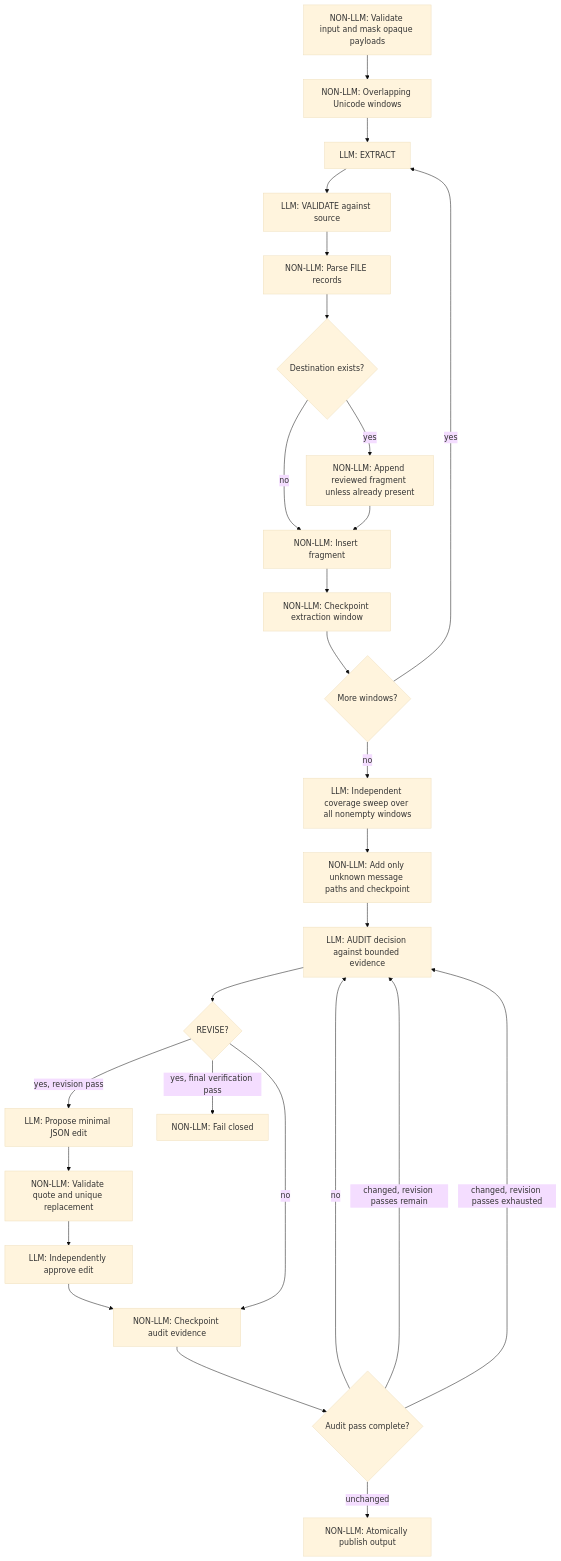
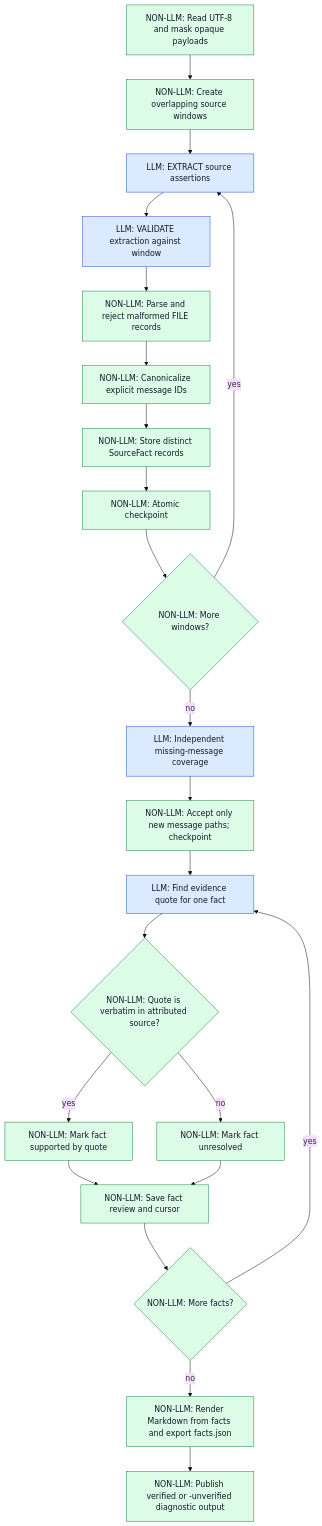
The first of 2 diagrams in docs/chunked_transform.md (witold-k/aiagents), drawn with Mermaid (base theme) before and after one commit. The commit also changed other lines of this file and 2 other files, not shown here.

First line of the commit message:
refactor: introduce source-grounded fact extraction and audit

````diff
--- a/docs/chunked_transform.md
+++ b/docs/chunked_transform.md
@@ -24,29 +36,29 @@
 ```mermaid
 flowchart TD
-    I["NON-LLM: Validate input and mask opaque payloads"] --> W["NON-LLM: Overlapping Unicode windows"]
-    W --> E["LLM: EXTRACT"]
-    E --> V["LLM: VALIDATE against source"]
-    V --> P["NON-LLM: Parse FILE records"]
-    P --> M{"Destination exists?"}
-    M -->|no| S["NON-LLM: Insert fragment"]
-    M -->|yes| G["NON-LLM: Append reviewed fragment unless already present"]
-    G --> S
-    S --> CP["NON-LLM: Checkpoint extraction window"]
-    CP --> N{"More windows?"}
+    I["NON-LLM: Read UTF-8 and mask opaque payloads"] --> W["NON-LLM: Create overlapping source windows"]
+    W --> E["LLM: EXTRACT source assertions"]
+    E --> V["LLM: VALIDATE extraction against window"]
+    V --> P["NON-LLM: Parse and reject malformed FILE records"]
+    P --> ID["NON-LLM: Canonicalize explicit message IDs"]
+    ID --> F["NON-LLM: Store distinct SourceFact records"]
+    F --> CP["NON-LLM: Atomic checkpoint"]
+    CP --> N{"NON-LLM: More windows?"}
     N -->|yes| E
-    N -->|no| C["LLM: Independent coverage sweep over all nonempty windows"]
-    C --> CC["NON-LLM: Add only unknown message paths and checkpoint"]
-    CC --> A["LLM: AUDIT decision against bounded evidence"]
-    A --> D{"REVISE?"}
-    D -->|yes, revision pass| R["LLM: Propose minimal JSON edit"]
-    R --> RV["NON-LLM: Validate quote and unique replacement"]
-    RV --> RA["LLM: Independently approve edit"]
-    RA --> AC["NON-LLM: Checkpoint audit evidence"]
-    D -->|no| AC
-    D -->|yes, final verification pass| X["NON-LLM: Fail closed"]
-    AC --> AP{"Audit pass complete?"}
-    AP -->|no| A
-    AP -->|changed, revision passes remain| A
-    AP -->|changed, revision passes exhausted| A
-    AP -->|unchanged| F["NON-LLM: Atomically publish output"]
+    N -->|no| C["LLM: Independent missing-message coverage"]
+    C --> CC["NON-LLM: Accept only new message paths; checkpoint"]
+    CC --> A["LLM: Find evidence quote for one fact"]
+    A --> Q{"NON-LLM: Quote is verbatim in attributed source?"}
+    Q -->|yes| S["NON-LLM: Mark fact supported by quote"]
+    Q -->|no| U["NON-LLM: Mark fact unresolved"]
+    S --> R["NON-LLM: Save fact review and cursor"]
+    U --> R
+    R --> M{"NON-LLM: More facts?"}
+    M -->|yes| A
+    M -->|no| O["NON-LLM: Render Markdown from facts and export facts.json"]
+    O --> PUB["NON-LLM: Publish verified or -unverified diagnostic output"]
+
+    classDef llm fill:#dbeafe,stroke:#1d4ed8,color:#111827;
+    classDef nonllm fill:#dcfce7,stroke:#15803d,color:#111827;
+    class E,V,C,A llm;
+    class I,W,P,ID,F,CP,N,CC,Q,S,U,R,M,O,PUB nonllm;
 ```
````
